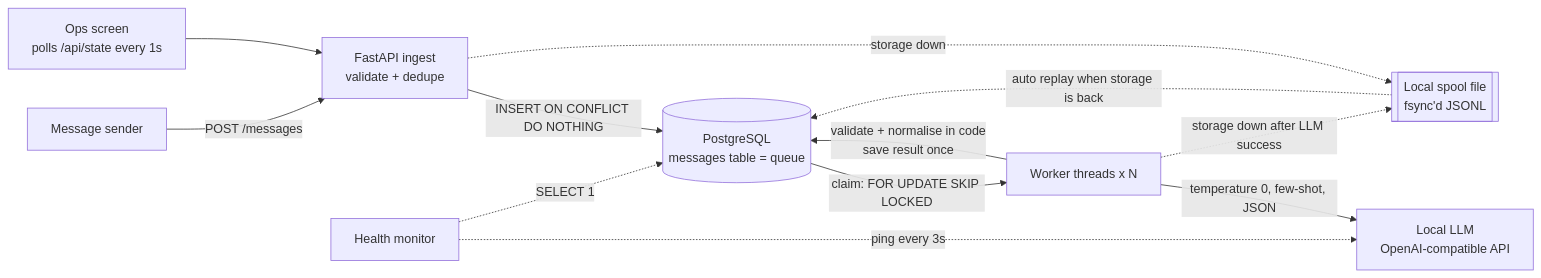
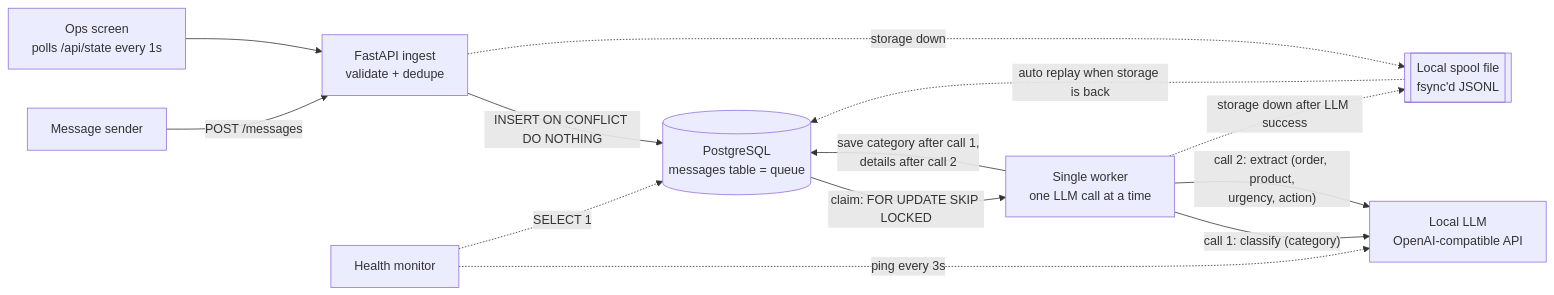
The diagram in README.md (HarieshBS/Ascentium_Final_Ticket_System), drawn with Mermaid before and after one commit. The commit also changed other lines of this file and 5 other files, not shown here.

Commit message:
One worker; classification and extraction as separate LLM calls

````diff
--- a/README.md
+++ b/README.md
@@ -11,14 +11,15 @@
 ```mermaid
 flowchart LR
     S[Message sender] -- "POST /messages" --> API[FastAPI ingest<br/>validate + dedupe]
     API -- "INSERT ON CONFLICT DO NOTHING" --> DB[(PostgreSQL<br/>messages table = queue)]
     API -. "storage down" .-> SP[[Local spool file<br/>fsync'd JSONL]]
     SP -. "auto replay when storage is back" .-> DB
-    DB -- "claim: FOR UPDATE SKIP LOCKED" --> W[Worker threads x N]
-    W -- "temperature 0, few-shot, JSON" --> LLM[Local LLM<br/>OpenAI-compatible API]
-    W -- "validate + normalise in code<br/>save result once" --> DB
+    DB -- "claim: FOR UPDATE SKIP LOCKED" --> W[Single worker<br/>one LLM call at a time]
+    W -- "call 1: classify (category)" --> LLM[Local LLM<br/>OpenAI-compatible API]
+    W -- "call 2: extract (order, product,<br/>urgency, action)" --> LLM
+    W -- "save category after call 1,<br/>details after call 2" --> DB
     W -. "storage down after LLM success" .-> SP
     M[Health monitor] -. "ping every 3s" .-> LLM
     M -. "SELECT 1" .-> DB
     UI[Ops screen<br/>polls /api/state every 1s] --> API
 ```
````
